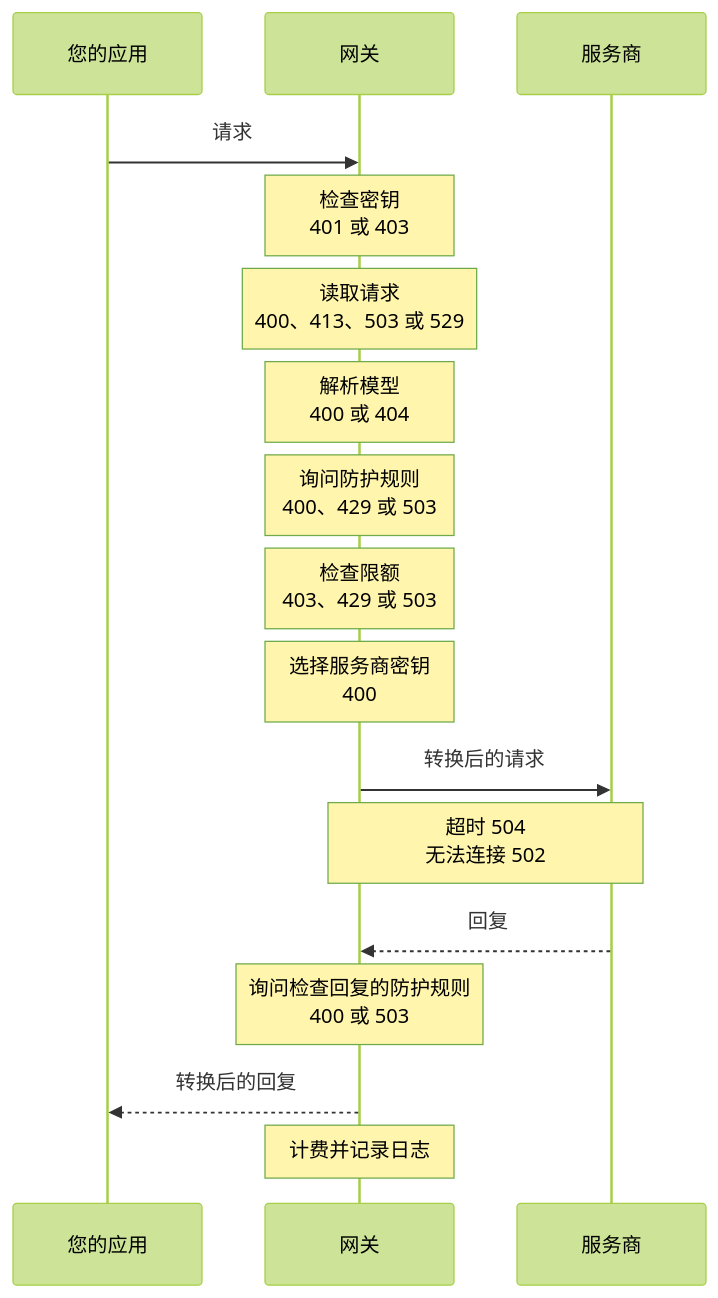
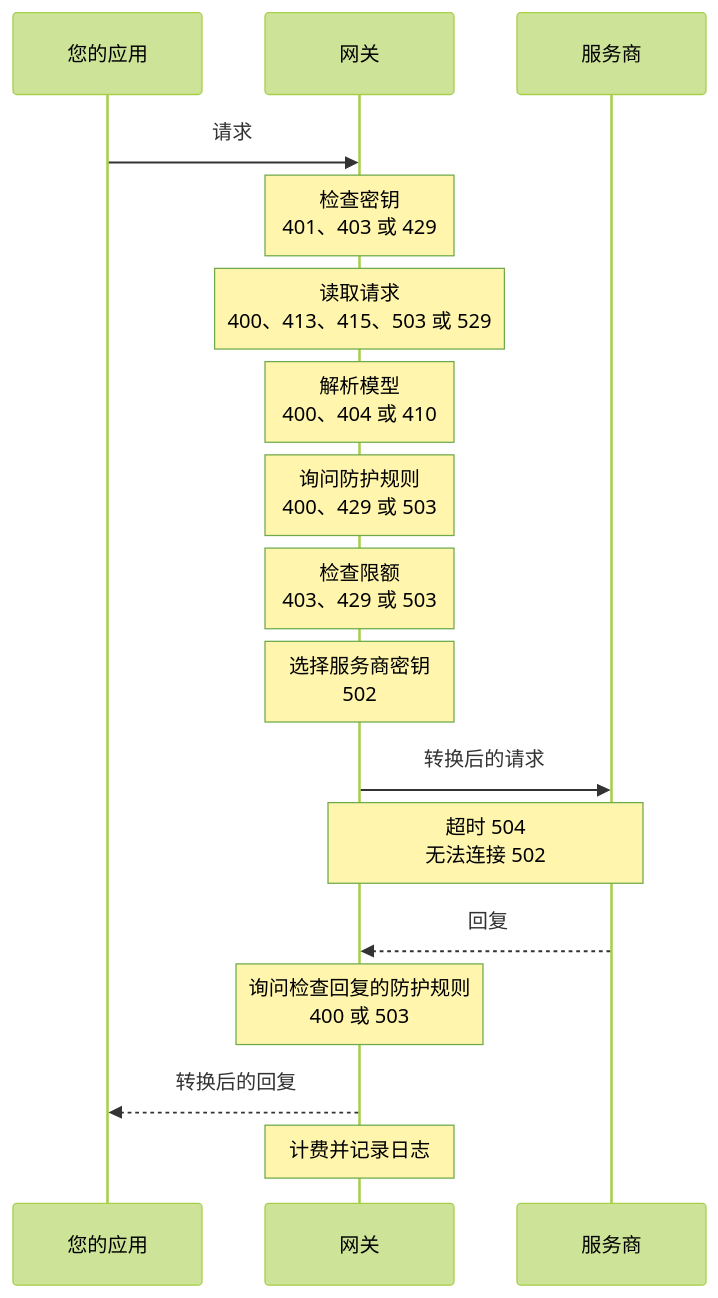
Before and after one commit to logicplanes/kaeso: the diagram in apps/docs/content/zh-CN/concepts/request-flow.md, drawn with Mermaid (forest theme). The commit also changed other lines of this file and 159 other files, not shown here.

````diff
--- a/apps/docs/content/zh-CN/concepts/request-flow.md
+++ b/apps/docs/content/zh-CN/concepts/request-flow.md
@@ -9,21 +9,21 @@
 ```mermaid
 sequenceDiagram
   accTitle: 请求流程
   accDescr: 应用把请求发送给网关。网关检查密钥、读取请求、解析模型、询问项目的防护规则、检查限额并选择服务商密钥，每项检查都可能以图中的状态码拒绝请求。随后它把转换后的请求发送给服务商，询问检查回复的防护规则，把转换后的回复返回给应用，再计费并记录请求日志。
   participant App as 您的应用
   participant Gateway as 网关
   participant Provider as 服务商
   App->>Gateway: 请求
-  Note over Gateway: 检查密钥<br>401 或 403
-  Note over Gateway: 读取请求<br>400、413、503 或 529
-  Note over Gateway: 解析模型<br>400 或 404
+  Note over Gateway: 检查密钥<br>401、403 或 429
+  Note over Gateway: 读取请求<br>400、413、415、503 或 529
+  Note over Gateway: 解析模型<br>400、404 或 410
   Note over Gateway: 询问防护规则<br>400、429 或 503
   Note over Gateway: 检查限额<br>403、429 或 503
-  Note over Gateway: 选择服务商密钥<br>400
+  Note over Gateway: 选择服务商密钥<br>502
   Gateway->>Provider: 转换后的请求
   Note over Gateway,Provider: 超时 504<br>无法连接 502
   Provider-->>Gateway: 回复
   Note over Gateway: 询问检查回复的防护规则<br>400 或 503
   Gateway-->>App: 转换后的回复
   Note over Gateway: 计费并记录日志
 ```
````
